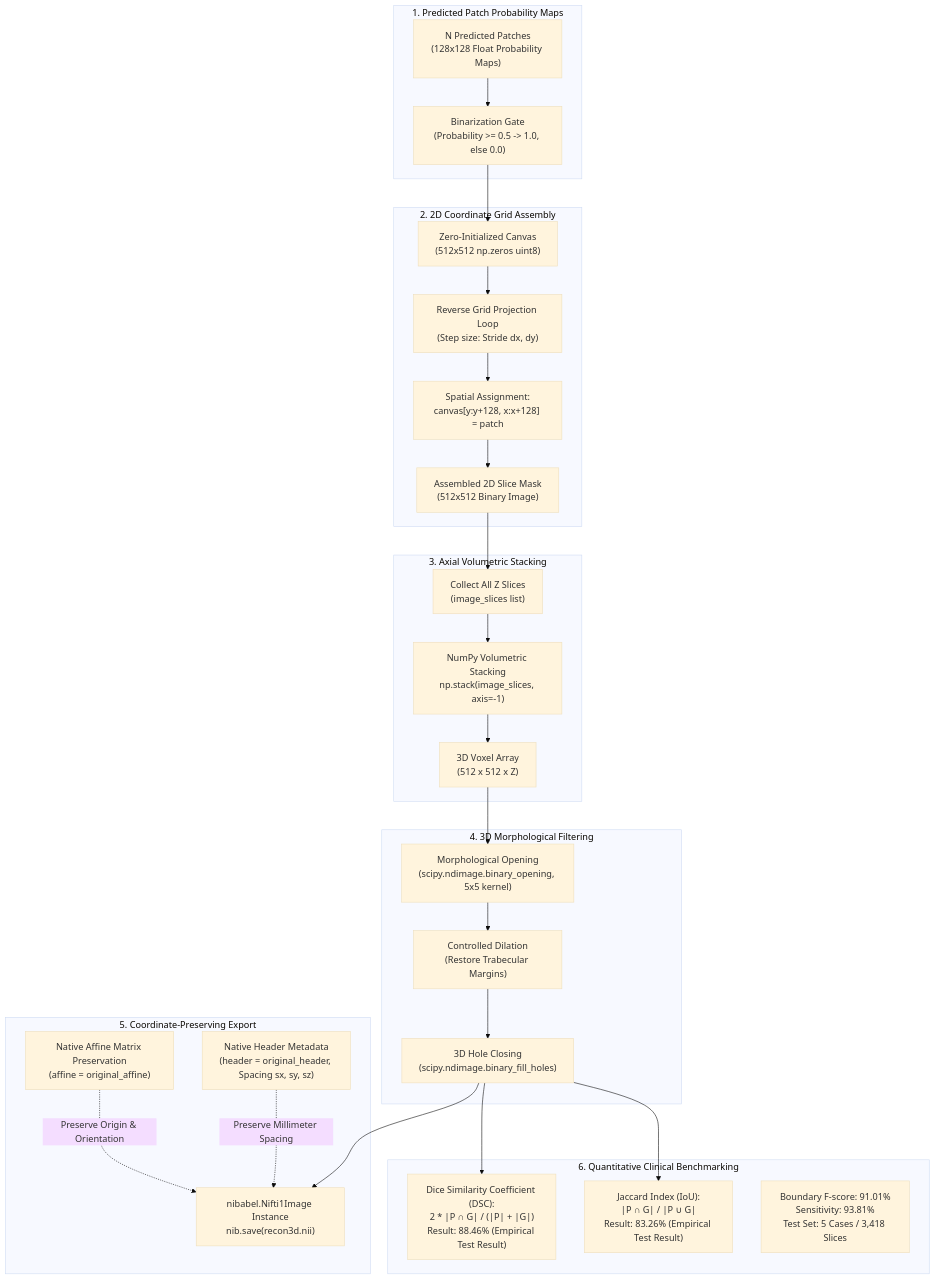
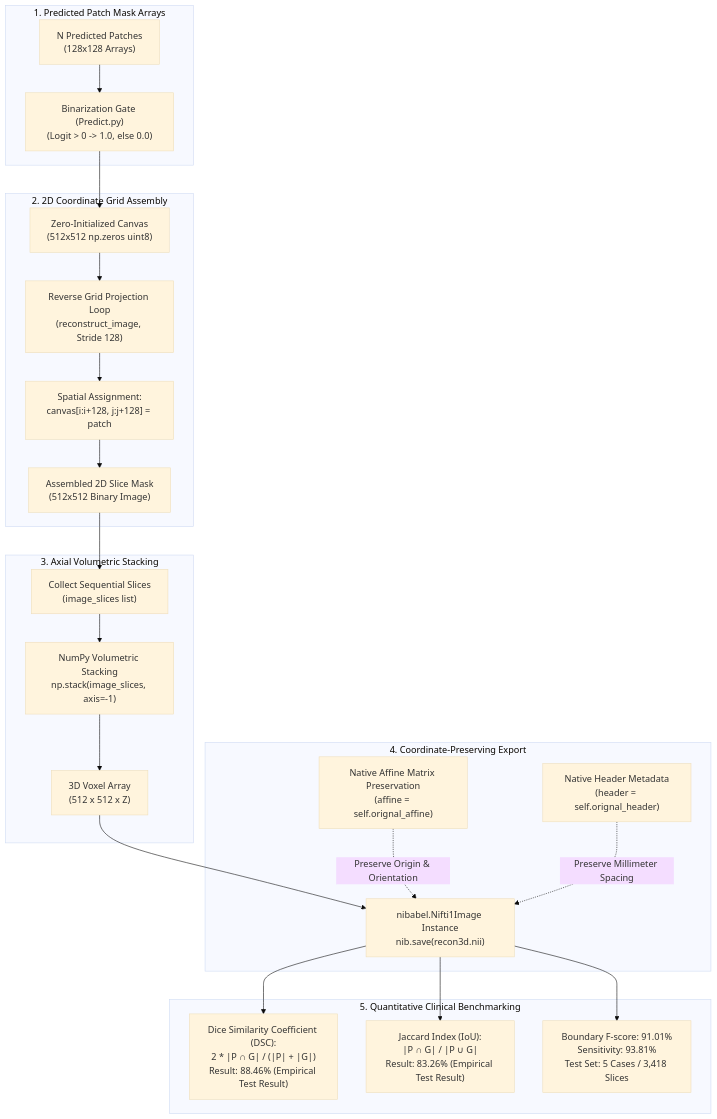
The diagram in diagrams/reconstruction-and-evaluation.mmd (Nawaz393/spine-vertebrae-segmentation-architecture), drawn with Mermaid (base theme) before and after one commit. The commit also changed 4 other files, not shown here.

```diff
--- a/diagrams/reconstruction-and-evaluation.mmd
+++ b/diagrams/reconstruction-and-evaluation.mmd
@@ -1,54 +1,46 @@
 flowchart TD
-    subgraph INFERENCE_OUTPUT ["1. Predicted Patch Probability Maps"]
-        PATCHES["N Predicted Patches<br/>(128x128 Float Probability Maps)"]
-        THRESHOLD["Binarization Gate<br/>(Probability >= 0.5 -> 1.0, else 0.0)"]
+    subgraph INFERENCE_OUTPUT ["1. Predicted Patch Mask Arrays"]
+        PATCHES["N Predicted Patches<br/>(128x128 Arrays)"]
+        THRESHOLD["Binarization Gate (Predict.py)<br/>(Logit > 0 -> 1.0, else 0.0)"]
     end
 
     subgraph REVERSE_STITCH ["2. 2D Coordinate Grid Assembly"]
         CANVAS["Zero-Initialized Canvas<br/>(512x512 np.zeros uint8)"]
-        TILE_LOOP["Reverse Grid Projection Loop<br/>(Step size: Stride dx, dy)"]
-        PASTE["Spatial Assignment:<br/>canvas[y:y+128, x:x+128] = patch"]
+        TILE_LOOP["Reverse Grid Projection Loop<br/>(reconstruct_image, Stride 128)"]
+        PASTE["Spatial Assignment:<br/>canvas[i:i+128, j:j+128] = patch"]
         SLICE_2D["Assembled 2D Slice Mask<br/>(512x512 Binary Image)"]
     end
 
     subgraph VOLUMETRIC_STACK ["3. Axial Volumetric Stacking"]
-        COLLECT["Collect All Z Slices<br/>(image_slices list)"]
+        COLLECT["Collect Sequential Slices<br/>(image_slices list)"]
         STACK["NumPy Volumetric Stacking<br/>np.stack(image_slices, axis=-1)"]
         RAW_3D["3D Voxel Array<br/>(512 x 512 x Z)"]
     end
 
-    subgraph POST_PROCESSING ["4. 3D Morphological Filtering"]
-        OPENING["Morphological Opening<br/>(scipy.ndimage.binary_opening, 5x5 kernel)"]
-        DILATION["Controlled Dilation<br/>(Restore Trabecular Margins)"]
-        HOLE_FILL["3D Hole Closing<br/>(scipy.ndimage.binary_fill_holes)"]
-    end
-
-    subgraph NIFTI_PACKAGING ["5. Coordinate-Preserving Export"]
-        AFFINE["Native Affine Matrix Preservation<br/>(affine = original_affine)"]
-        HEADER["Native Header Metadata<br/>(header = original_header, Spacing sx, sy, sz)"]
+    subgraph NIFTI_PACKAGING ["4. Coordinate-Preserving Export"]
+        AFFINE["Native Affine Matrix Preservation<br/>(affine = self.orignal_affine)"]
+        HEADER["Native Header Metadata<br/>(header = self.orignal_header)"]
         NII_OBJ["nibabel.Nifti1Image Instance<br/>nib.save(recon3d.nii)"]
     end
 
-    subgraph VALIDATION_METRICS ["6. Quantitative Clinical Benchmarking"]
+    subgraph VALIDATION_METRICS ["5. Quantitative Clinical Benchmarking"]
         DICE["Dice Similarity Coefficient (DSC):<br/>2 * |P ∩ G| / (|P| + |G|)<br/>Result: 88.46% (Empirical Test Result)"]
         IOU["Jaccard Index (IoU):<br/>|P ∩ G| / |P ∪ G|<br/>Result: 83.26% (Empirical Test Result)"]
         BENCH["Boundary F-score: 91.01%<br/>Sensitivity: 93.81%<br/>Test Set: 5 Cases / 3,418 Slices"]
     end
 
     PATCHES --> THRESHOLD
     THRESHOLD --> CANVAS
     CANVAS --> TILE_LOOP
     TILE_LOOP --> PASTE
     PASTE --> SLICE_2D
     SLICE_2D --> COLLECT
     COLLECT --> STACK
     STACK --> RAW_3D
-    RAW_3D --> OPENING
-    OPENING --> DILATION
-    DILATION --> HOLE_FILL
-    HOLE_FILL --> NII_OBJ
+    RAW_3D --> NII_OBJ
     AFFINE -.->|"Preserve Origin & Orientation"| NII_OBJ
     HEADER -.->|"Preserve Millimeter Spacing"| NII_OBJ
 
-    HOLE_FILL --> DICE
-    HOLE_FILL --> IOU
+    NII_OBJ --> DICE
+    NII_OBJ --> IOU
+    NII_OBJ --> BENCH
```
